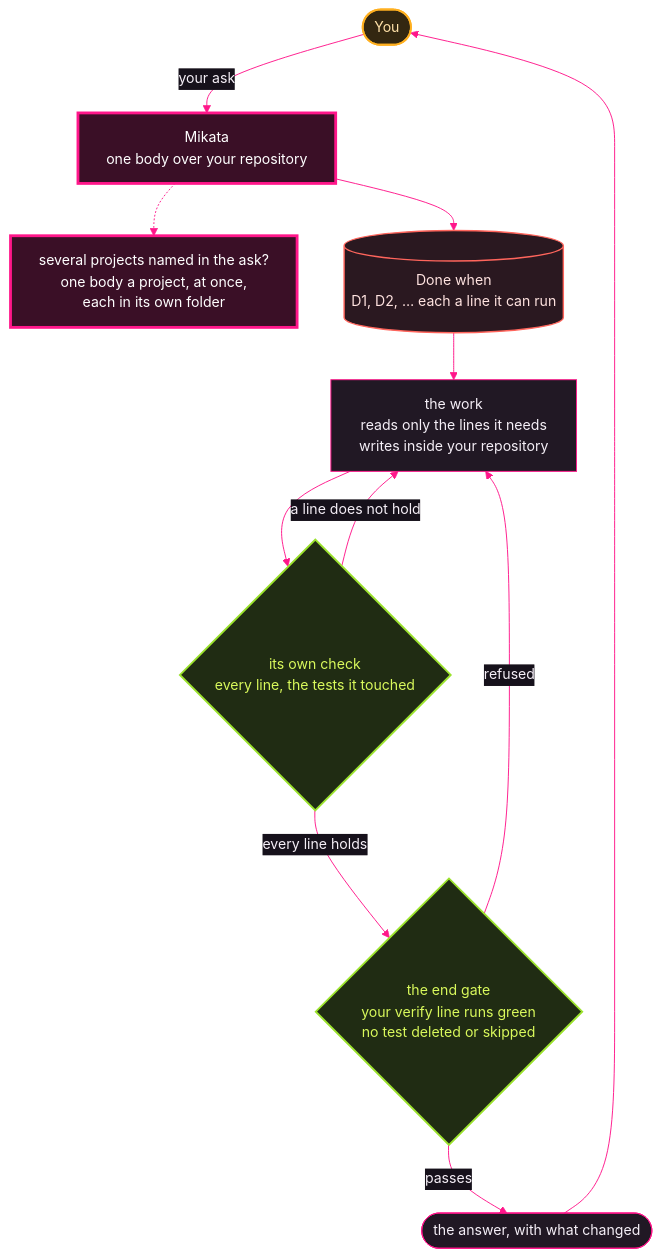
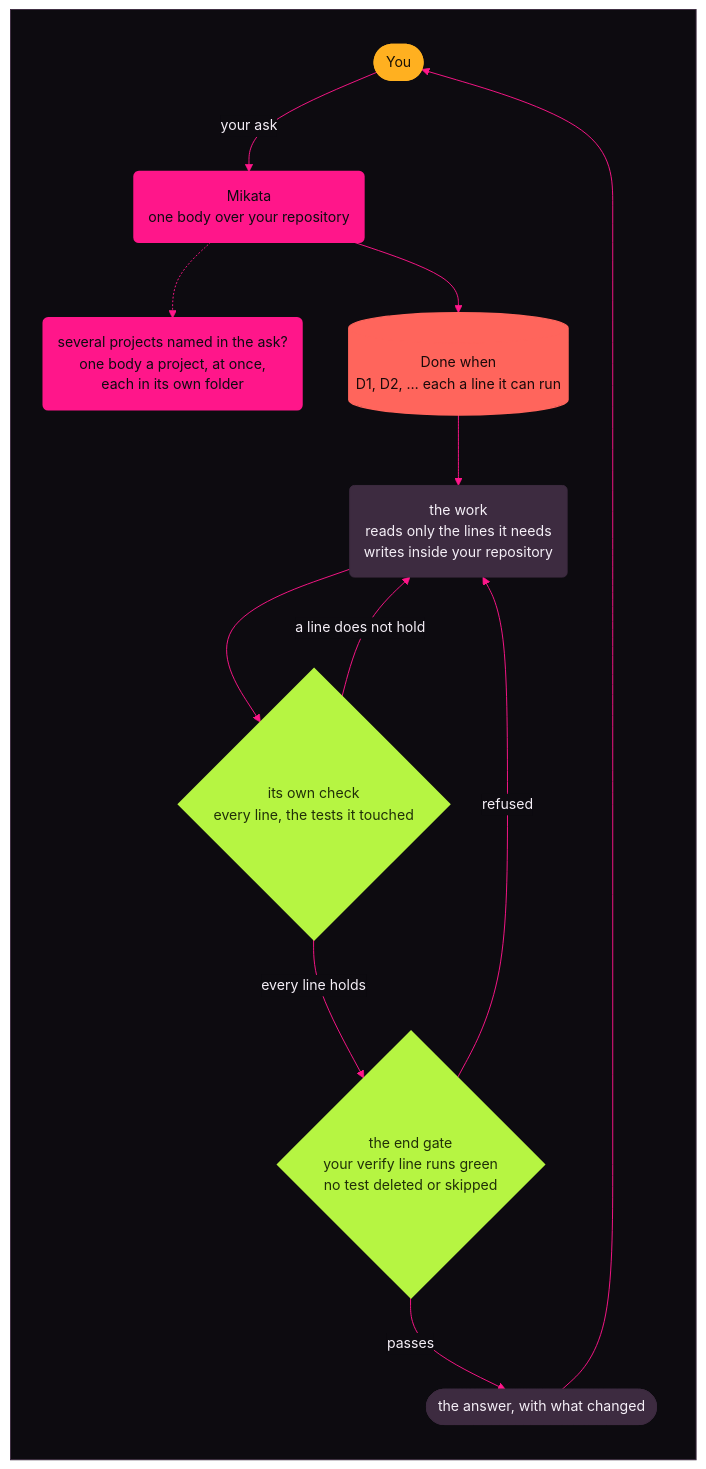
Before and after one commit to Kaginari/mikata: the first of 2 diagrams in docs/01-overview.md, drawn with Mermaid. The commit also changed other lines of this file and 55 other files, not shown here.

````diff
--- a/docs/01-overview.md
+++ b/docs/01-overview.md
@@ -21,44 +11,44 @@
     background: "#0d0b10"
     fontFamily: "Inter, Segoe UI, system-ui, -apple-system, Helvetica, Arial, sans-serif"
     fontSize: "15px"
-    primaryColor: "#211824"
+    primaryColor: "#3d2b40"
     primaryTextColor: "#f5eff7"
-    primaryBorderColor: "#ff168a"
-    secondaryColor: "#2c2030"
+    primaryBorderColor: "#3d2b40"
+    secondaryColor: "#59405d"
     secondaryTextColor: "#f5eff7"
-    secondaryBorderColor: "#ff655c"
+    secondaryBorderColor: "#59405d"
     tertiaryColor: "#16111b"
     tertiaryTextColor: "#f5eff7"
-    tertiaryBorderColor: "#59405d"
+    tertiaryBorderColor: "#3d2b40"
     lineColor: "#ff168a"
     textColor: "#f5eff7"
     titleColor: "#f5eff7"
-    edgeLabelBackground: "#16111b"
+    edgeLabelBackground: "#0d0b10"
     clusterBkg: "#16111b"
-    clusterBorder: "#59405d"
-    noteBkgColor: "#332711"
-    noteTextColor: "#ffe1a8"
+    clusterBorder: "#3d2b40"
+    noteBkgColor: "#ffb020"
+    noteTextColor: "#1a1205"
     noteBorderColor: "#ffb020"
-    actorBkg: "#211824"
-    actorBorder: "#ff168a"
+    actorBkg: "#3d2b40"
+    actorBorder: "#3d2b40"
     actorTextColor: "#f5eff7"
     actorLineColor: "#59405d"
     signalColor: "#ff655c"
     signalTextColor: "#f5eff7"
-    labelBoxBkgColor: "#211824"
-    labelBoxBorderColor: "#ff168a"
+    labelBoxBkgColor: "#3d2b40"
+    labelBoxBorderColor: "#3d2b40"
     labelTextColor: "#f5eff7"
     loopTextColor: "#f5eff7"
-    activationBkgColor: "#3a0f26"
+    activationBkgColor: "#ff168a"
     activationBorderColor: "#ff168a"
     sequenceNumberColor: "#0d0b10"
     transitionColor: "#ff168a"
     transitionLabelColor: "#f5eff7"
     stateLabelColor: "#f5eff7"
-    stateBkg: "#211824"
-    labelBackgroundColor: "#16111b"
+    stateBkg: "#3d2b40"
+    labelBackgroundColor: "#0d0b10"
     compositeBackground: "#16111b"
-    compositeTitleBackground: "#211824"
+    compositeTitleBackground: "#3d2b40"
     altBackground: "#16111b"
     specialStateColor: "#b6f542"
     innerEndBackground: "#b6f542"
@@ -66,29 +56,33 @@
     wrappingWidth: 360
 ---
 flowchart TD
-    V(["You"])
-    M["Mikata<br/>one body over your repository"]
-    P["several projects named in the ask?<br/>one body a project, at once,<br/>each in its own folder"]
-    L[("Done when<br/>D1, D2, … each a line it can run")]
-    W["the work<br/>reads only the lines it needs<br/>writes inside your repository"]
-    C{"its own check<br/>every line, the tests it touched"}
-    G{"the end gate<br/>your verify line runs green<br/>no test deleted or skipped"}
-    A(["the answer, with what changed"])
+    subgraph MIKATA_BG[" "]
+      direction TB
+      V(["You"])
+      M("Mikata<br/>one body over your repository")
+      P("several projects named in the ask?<br/>one body a project, at once,<br/>each in its own folder")
+      L[("Done when<br/>D1, D2, … each a line it can run")]
+      W("the work<br/>reads only the lines it needs<br/>writes inside your repository")
+      C{"its own check<br/>every line, the tests it touched"}
+      G{"the end gate<br/>your verify line runs green<br/>no test deleted or skipped"}
+      A(["the answer, with what changed"])
 
-    V -->|your ask| M
-    M -.-> P
-    M --> L --> W --> C
-    C -->|a line does not hold| W
-    C -->|every line holds| G
-    G -->|refused| W
-    G -->|passes| A
-    A --> V
-    classDef you fill:#332711,stroke:#ffb020,stroke-width:2px,color:#ffe1a8
+      V -->|your ask| M
+      M -.-> P
+      M --> L --> W --> C
+      C -->|a line does not hold| W
+      C -->|every line holds| G
+      G -->|refused| W
+      G -->|passes| A
+      A --> V
+    end
+    classDef you fill:#ffb020,stroke:#ffb020,stroke-width:2px,color:#1a1205
     class V you
-    classDef mikata fill:#3a0f26,stroke:#ff168a,stroke-width:3px,color:#ffffff
+    classDef mikata fill:#ff168a,stroke:#ff168a,stroke-width:2px,color:#0d0b10
     class M,P mikata
-    classDef store fill:#2a1820,stroke:#ff655c,stroke-width:1.5px,color:#ffe3e0
+    classDef store fill:#ff655c,stroke:#ff655c,stroke-width:1.5px,color:#1a0a0a
     class L store
-    classDef gate fill:#202c13,stroke:#9be22d,stroke-width:2px,color:#d9f95c
+    classDef gate fill:#b6f542,stroke:#b6f542,stroke-width:2px,color:#203008
     class C,G gate
+    style MIKATA_BG fill:#0d0b10,stroke:#3d2b40,color:#0d0b10
 ```
````
